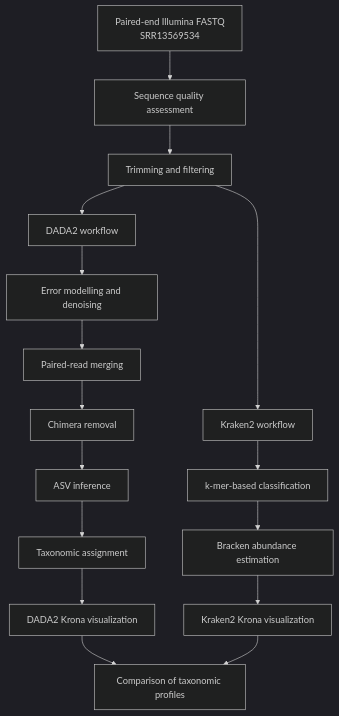
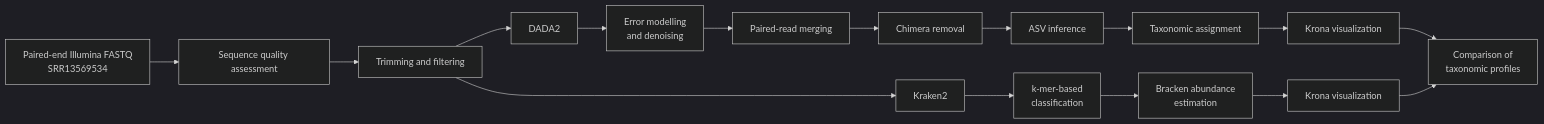
The diagram in README.md (Gabii3355/16S-taxonomic-profiling-dada2-kraken2), drawn with Mermaid (dark theme) before and after one commit. The commit also changed other lines of this file, not shown here.

````diff
--- a/README.md
+++ b/README.md
@@ -35,21 +36,21 @@
 ```mermaid
-flowchart TD
-    A[Paired-end Illumina FASTQ<br>SRR13569534] --> B[Sequence quality assessment]
-    B --> C[Trimming and filtering]
+flowchart LR
+    A["Paired-end Illumina FASTQ<br/>SRR13569534"] --> B["Sequence quality assessment"]
+    B --> C["Trimming and filtering"]
 
-    C --> D[DADA2 workflow]
-    D --> E[Error modelling and denoising]
-    E --> F[Paired-read merging]
-    F --> G[Chimera removal]
-    G --> H[ASV inference]
-    H --> I[Taxonomic assignment]
-    I --> J[DADA2 Krona visualization]
+    C --> D["DADA2"]
+    D --> E["Error modelling<br/>and denoising"]
+    E --> F["Paired-read merging"]
+    F --> G["Chimera removal"]
+    G --> H["ASV inference"]
+    H --> I["Taxonomic assignment"]
+    I --> J["Krona visualization"]
 
-    C --> K[Kraken2 workflow]
-    K --> L[k-mer-based classification]
-    L --> M[Bracken abundance estimation]
-    M --> N[Kraken2 Krona visualization]
+    C --> K["Kraken2"]
+    K --> L["k-mer-based<br/>classification"]
+    L --> M["Bracken abundance<br/>estimation"]
+    M --> N["Krona visualization"]
 
-    J --> O[Comparison of taxonomic profiles]
+    J --> O["Comparison of<br/>taxonomic profiles"]
     N --> O
 ```
````
